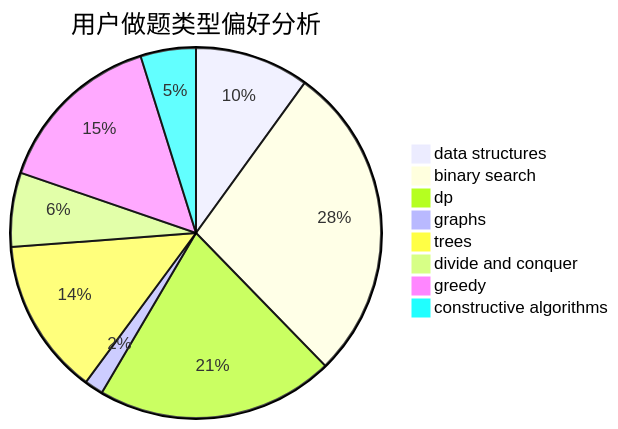
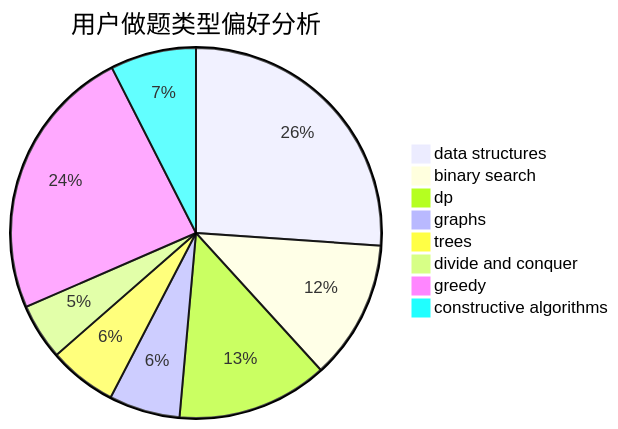
One commit to sherpahu/cfrs.github.io changed the second of 3 diagrams in docs/user/u309.md. Above: the diagram before and after it, drawn with Mermaid. The commit also changed other lines of this file and 2770 other files, not shown here.

````diff
--- a/docs/user/u309.md
+++ b/docs/user/u309.md
@@ -23,11 +23,11 @@
 ```mermaid
 pie title 用户做题类型偏好分析
-    "data structures" :  97
-    "binary search" :  270
-    "dp" :  202
-    "graphs" :  16
-    "trees" :  133
-    "divide and conquer" :  63
-    "greedy" :  145
-    "constructive algorithms" :  47
+    "data structures" :  101
+    "binary search" :  47
+    "dp" :  51
+    "graphs" :  24
+    "trees" :  23
+    "divide and conquer" :  19
+    "greedy" :  93
+    "constructive algorithms" :  29
 ```
````
